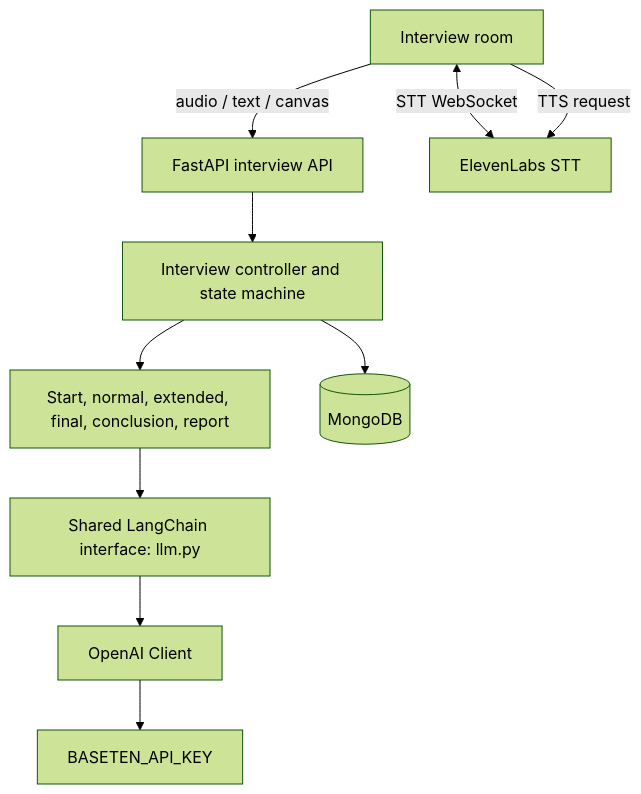
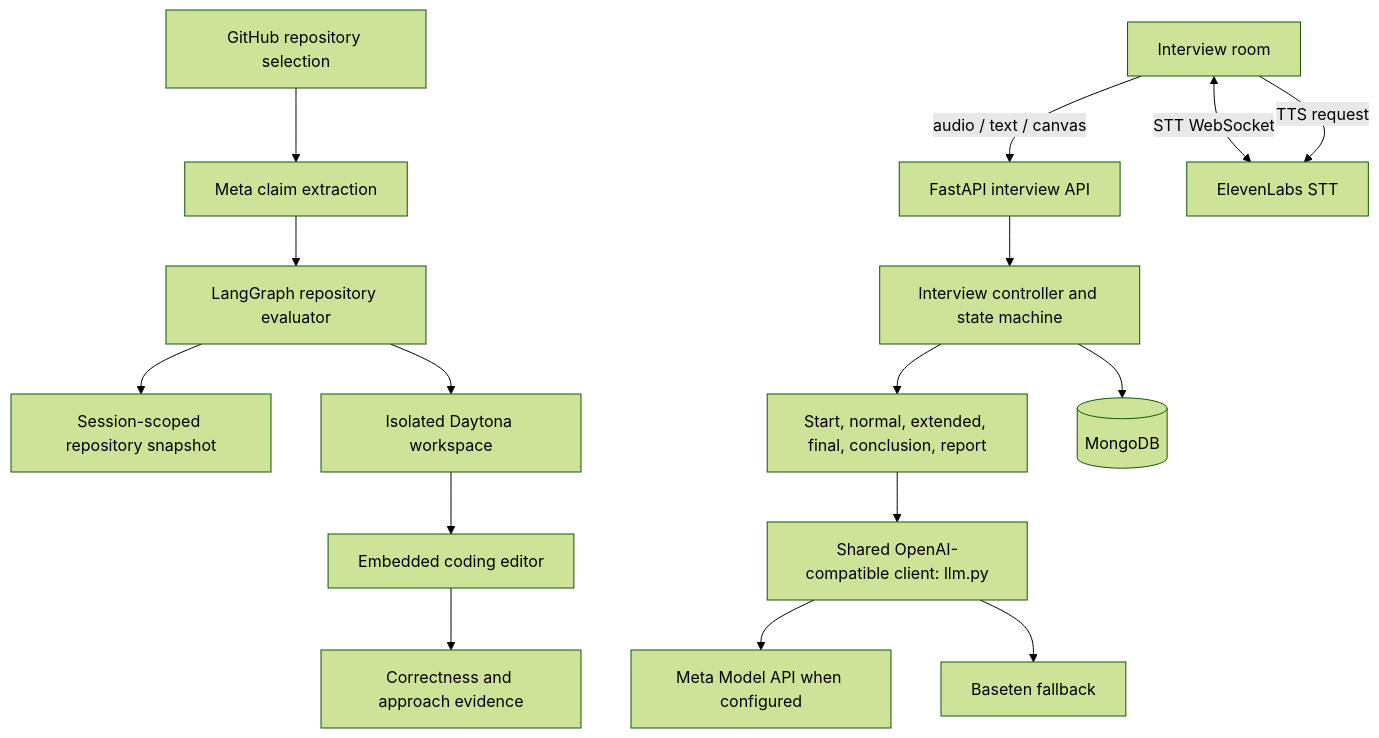
The first of 2 diagrams in README.md (kajaredhruv433/momentum-ai), drawn with Mermaid (forest theme) before and after one commit. The commit also changed other lines of this file, not shown here.

````diff
--- a/README.md
+++ b/README.md
@@ -40,12 +56,18 @@
 ```mermaid
 flowchart TD
     Browser[Interview room] -->|audio / text / canvas| API[FastAPI interview API]
     API --> Controller[Interview controller and state machine]
     Controller --> Stages[Start, normal, extended, final, conclusion, report]
-    Stages --> LLM[Shared LangChain interface: llm.py]
-    LLM --> Baseten[OpenAI Client]
-    Baseten --> Key[BASETEN_API_KEY]
+    Stages --> LLM[Shared OpenAI-compatible client: llm.py]
+    LLM --> Meta[Meta Model API when configured]
+    LLM --> Baseten[Baseten fallback]
+    Repo[GitHub repository selection] --> Claims[Meta claim extraction]
+    Claims --> Graph[LangGraph repository evaluator]
+    Graph --> Snapshot[Session-scoped repository snapshot]
+    Graph --> Daytona[Isolated Daytona workspace]
+    Daytona --> Editor[Embedded coding editor]
+    Editor --> Result[Correctness and approach evidence]
     Controller --> DB[(MongoDB)]
     Browser <-->|STT WebSocket| Eleven[ElevenLabs STT]
     Browser -->|TTS request| Eleven
 ```
````
